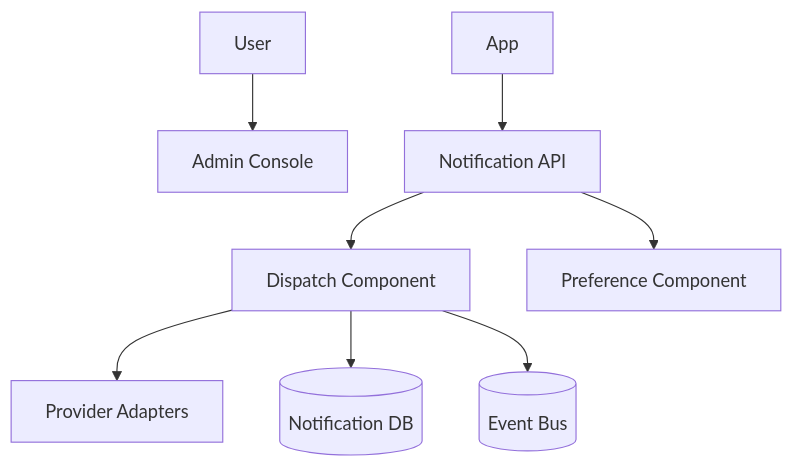
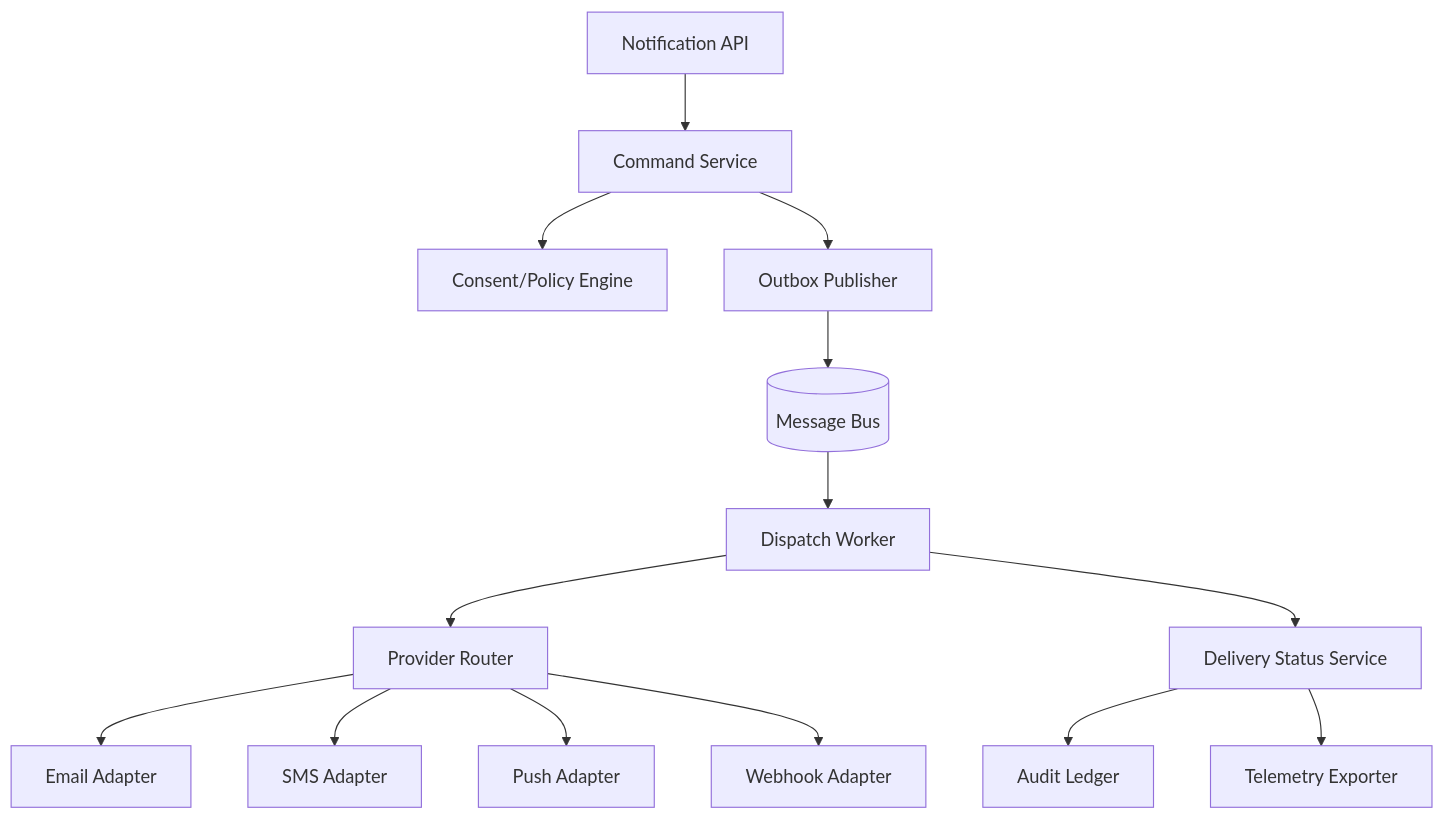
One commit to 0Ankit0/Project-Ideas changed the diagram in Messaging and Notification Platform/detailed-design/c4-component-diagram.md. Above: the diagram before and after it, drawn with Mermaid. The commit also changed other lines of this file and 37 other files, not shown here.

Commit message:
Make messaging docs implementation-ready with detailed diagrams and runbooks

````diff
--- a/Messaging and Notification Platform/detailed-design/c4-component-diagram.md
+++ b/Messaging and Notification Platform/detailed-design/c4-component-diagram.md
@@ -3,10 +10,16 @@
 ```mermaid
 flowchart TB
-  User --> Console[Admin Console]
-  App --> API[Notification API]
-  API --> Dispatch[Dispatch Component]
-  API --> Prefs[Preference Component]
-  Dispatch --> Providers[Provider Adapters]
-  Dispatch --> Store[(Notification DB)]
-  Dispatch --> Bus[(Event Bus)]
+  API[Notification API] --> Cmd[Command Service]
+  Cmd --> Policy[Consent/Policy Engine]
+  Cmd --> Outbox[Outbox Publisher]
+  Outbox --> Bus[(Message Bus)]
+  Bus --> Dispatcher[Dispatch Worker]
+  Dispatcher --> Router[Provider Router]
+  Router --> Email[Email Adapter]
+  Router --> SMS[SMS Adapter]
+  Router --> Push[Push Adapter]
+  Router --> Webhook[Webhook Adapter]
+  Dispatcher --> Status[Delivery Status Service]
+  Status --> Audit[Audit Ledger]
+  Status --> Metrics[Telemetry Exporter]
 ```
````
